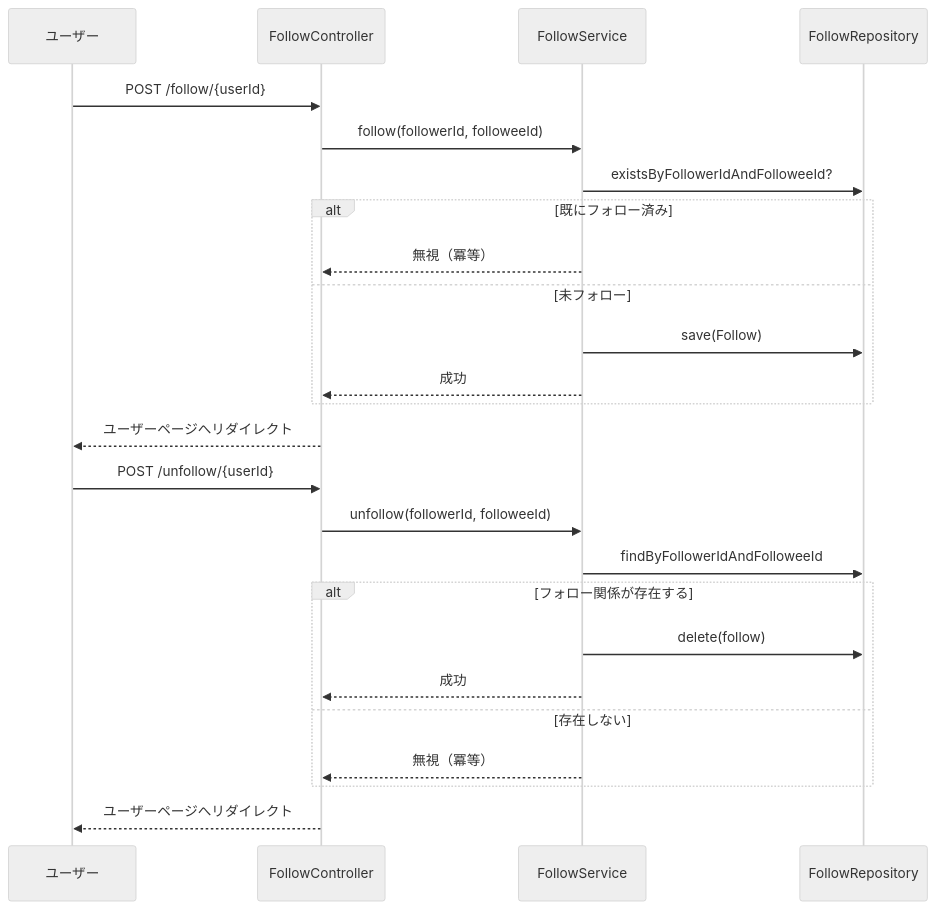
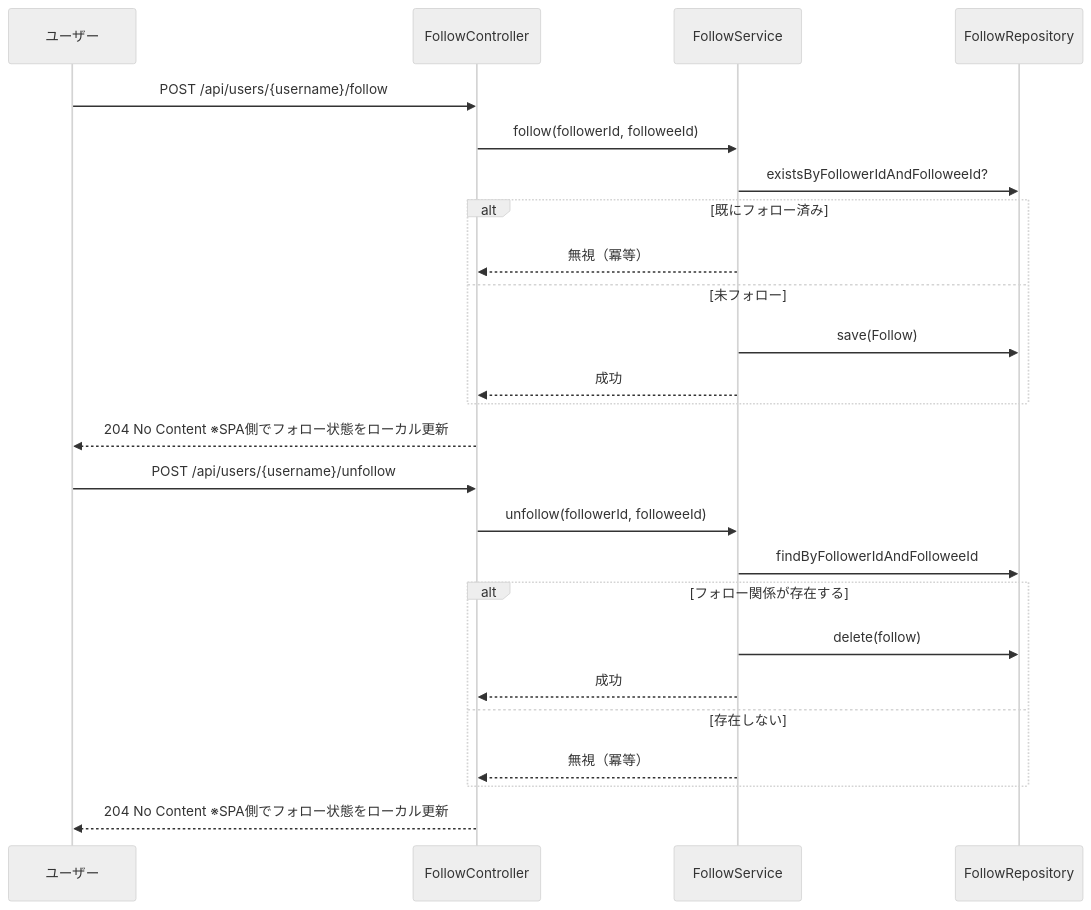
The sixth of 8 diagrams in docs/functional-design.md (ichi-269/Bukuro), drawn with Mermaid (neutral theme) before and after one commit. The commit also changed other lines of this file and 104 other files, not shown here.

````diff
--- a/docs/functional-design.md
+++ b/docs/functional-design.md
@@ -383,29 +383,29 @@
 ```mermaid
 sequenceDiagram
     participant User as ユーザー
     participant Controller as FollowController
     participant FollowSvc as FollowService
     participant FollowRepo as FollowRepository
 
-    User->>Controller: POST /follow/{userId}
+    User->>Controller: POST /api/users/{username}/follow
     Controller->>FollowSvc: follow(followerId, followeeId)
     FollowSvc->>FollowRepo: existsByFollowerIdAndFolloweeId?
     alt 既にフォロー済み
         FollowSvc-->>Controller: 無視（冪等）
     else 未フォロー
         FollowSvc->>FollowRepo: save(Follow)
         FollowSvc-->>Controller: 成功
     end
-    Controller-->>User: ユーザーページへリダイレクト
+    Controller-->>User: 204 No Content ※SPA側でフォロー状態をローカル更新
 
-    User->>Controller: POST /unfollow/{userId}
+    User->>Controller: POST /api/users/{username}/unfollow
     Controller->>FollowSvc: unfollow(followerId, followeeId)
     FollowSvc->>FollowRepo: findByFollowerIdAndFolloweeId
     alt フォロー関係が存在する
         FollowSvc->>FollowRepo: delete(follow)
         FollowSvc-->>Controller: 成功
     else 存在しない
         FollowSvc-->>Controller: 無視（冪等）
     end
-    Controller-->>User: ユーザーページへリダイレクト
+    Controller-->>User: 204 No Content ※SPA側でフォロー状態をローカル更新
 ```
````
